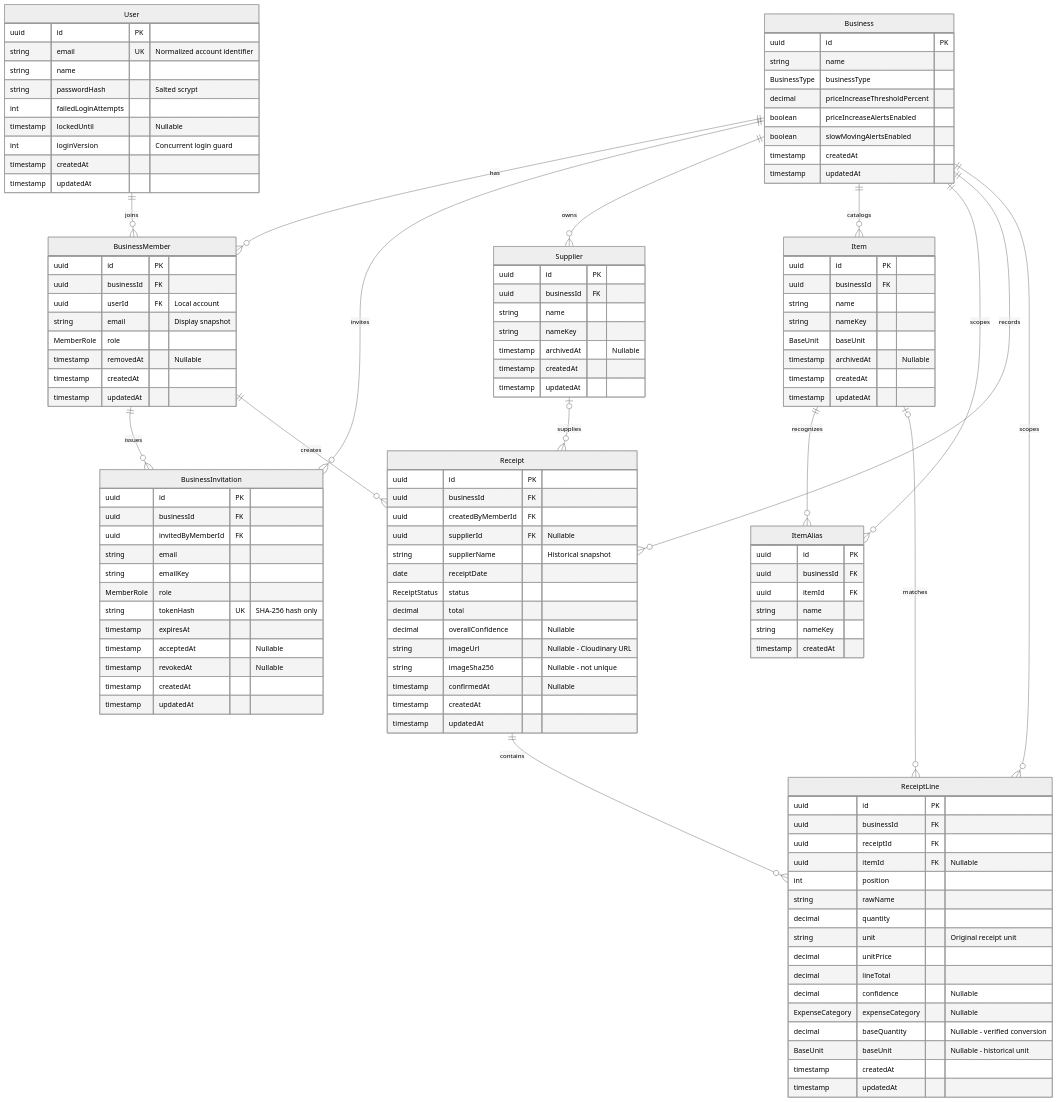
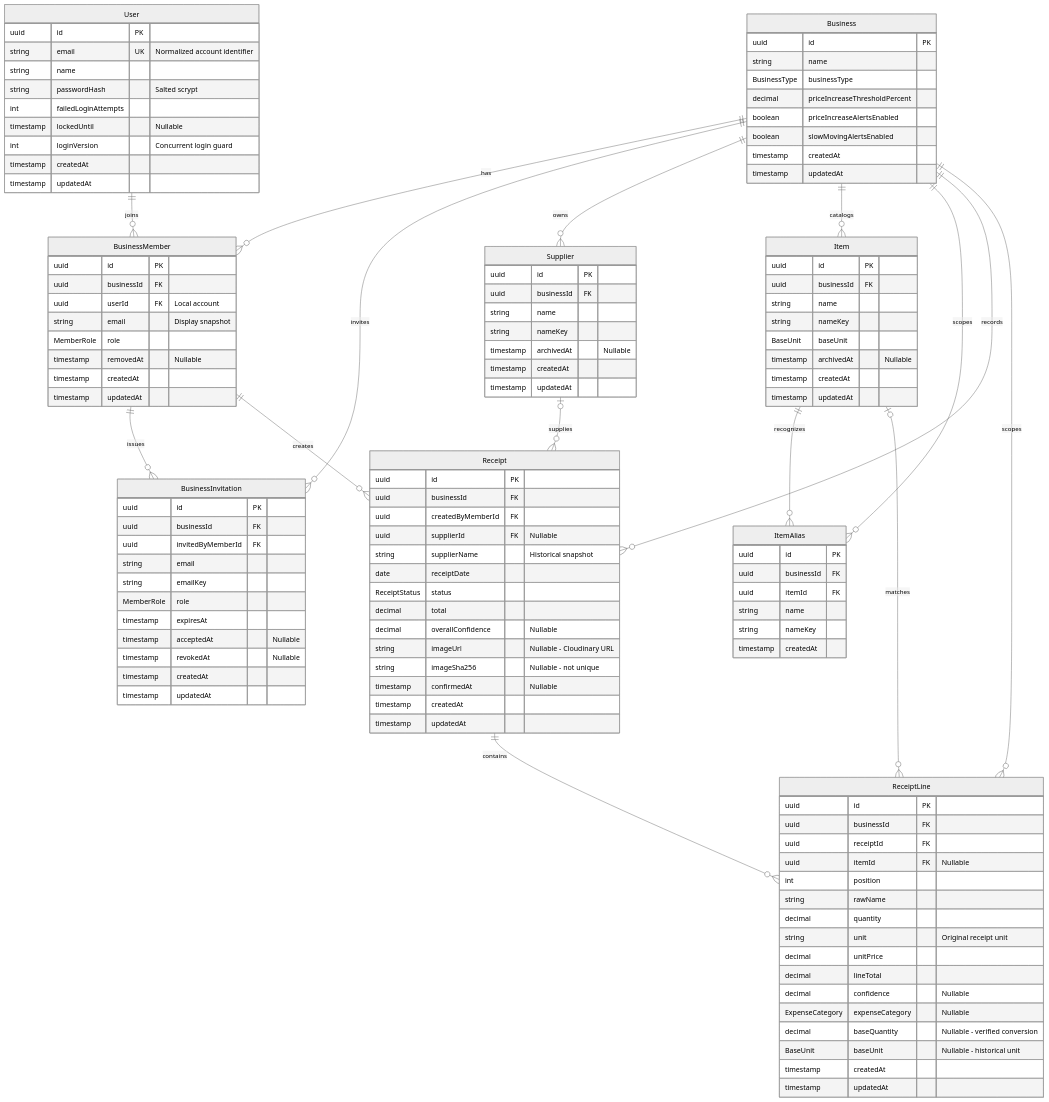
Before and after one commit to tingclarice/onyxa: the diagram in prisma/database-schema.mmd, drawn with Mermaid (neutral theme). The commit also changed 39 other files, not shown here.

```diff
--- a/prisma/database-schema.mmd
+++ b/prisma/database-schema.mmd
@@ -1,122 +1,121 @@
 erDiagram
     User ||--o{ BusinessMember : joins
     Business ||--o{ BusinessMember : has
     Business ||--o{ BusinessInvitation : invites
     Business ||--o{ Supplier : owns
     Business ||--o{ Item : catalogs
     Business ||--o{ ItemAlias : scopes
     Business ||--o{ Receipt : records
     Business ||--o{ ReceiptLine : scopes
     BusinessMember ||--o{ BusinessInvitation : issues
     BusinessMember ||--o{ Receipt : creates
     Supplier |o--o{ Receipt : supplies
     Item ||--o{ ItemAlias : recognizes
     Item |o--o{ ReceiptLine : matches
     Receipt ||--o{ ReceiptLine : contains
 
     User {
         uuid id PK
         string email UK "Normalized account identifier"
         string name
         string passwordHash "Salted scrypt"
         int failedLoginAttempts
         timestamp lockedUntil "Nullable"
         int loginVersion "Concurrent login guard"
         timestamp createdAt
         timestamp updatedAt
     }
     Business {
         uuid id PK
         string name
         BusinessType businessType
         decimal priceIncreaseThresholdPercent
         boolean priceIncreaseAlertsEnabled
         boolean slowMovingAlertsEnabled
         timestamp createdAt
         timestamp updatedAt
     }
     BusinessMember {
         uuid id PK
         uuid businessId FK
         uuid userId FK "Local account"
         string email "Display snapshot"
         MemberRole role
         timestamp removedAt "Nullable"
         timestamp createdAt
         timestamp updatedAt
     }
     BusinessInvitation {
         uuid id PK
         uuid businessId FK
         uuid invitedByMemberId FK
         string email
         string emailKey
         MemberRole role
-        string tokenHash UK "SHA-256 hash only"
         timestamp expiresAt
         timestamp acceptedAt "Nullable"
         timestamp revokedAt "Nullable"
         timestamp createdAt
         timestamp updatedAt
     }
     Supplier {
         uuid id PK
         uuid businessId FK
         string name
         string nameKey
         timestamp archivedAt "Nullable"
         timestamp createdAt
         timestamp updatedAt
     }
     Item {
         uuid id PK
         uuid businessId FK
         string name
         string nameKey
         BaseUnit baseUnit
         timestamp archivedAt "Nullable"
         timestamp createdAt
         timestamp updatedAt
     }
     ItemAlias {
         uuid id PK
         uuid businessId FK
         uuid itemId FK
         string name
         string nameKey
         timestamp createdAt
     }
     Receipt {
         uuid id PK
         uuid businessId FK
         uuid createdByMemberId FK
         uuid supplierId FK "Nullable"
         string supplierName "Historical snapshot"
         date receiptDate
         ReceiptStatus status
         decimal total
         decimal overallConfidence "Nullable"
         string imageUrl "Nullable - Cloudinary URL"
         string imageSha256 "Nullable - not unique"
         timestamp confirmedAt "Nullable"
         timestamp createdAt
         timestamp updatedAt
     }
     ReceiptLine {
         uuid id PK
         uuid businessId FK
         uuid receiptId FK
         uuid itemId FK "Nullable"
         int position
         string rawName
         decimal quantity
         string unit "Original receipt unit"
         decimal unitPrice
         decimal lineTotal
         decimal confidence "Nullable"
         ExpenseCategory expenseCategory "Nullable"
         decimal baseQuantity "Nullable - verified conversion"
         BaseUnit baseUnit "Nullable - historical unit"
         timestamp createdAt
         timestamp updatedAt
     }
```
